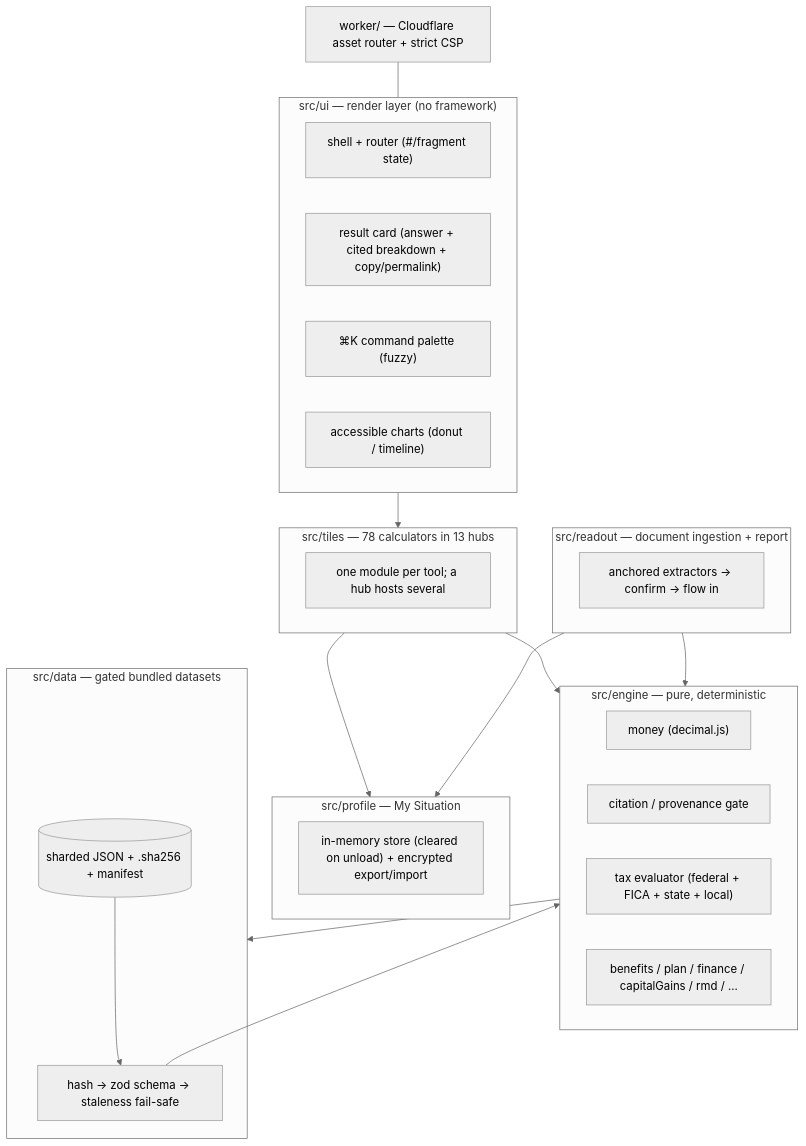
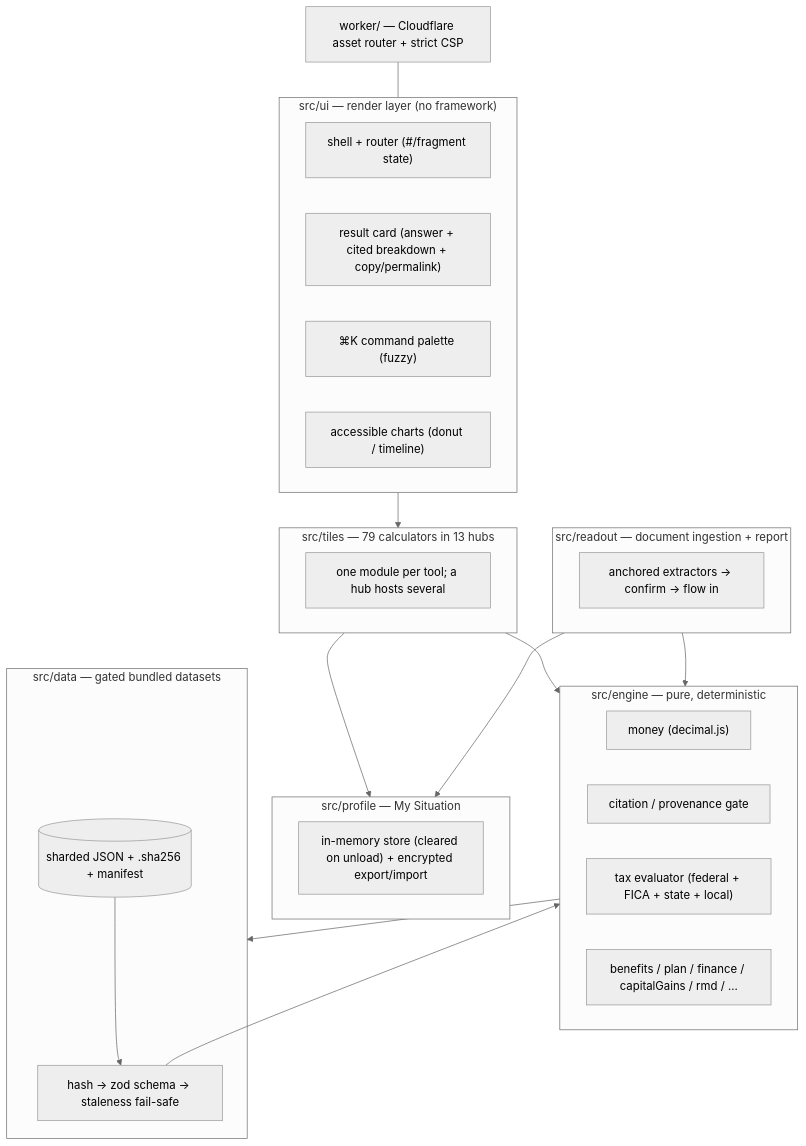
Before and after one commit to clay-good/enklayve: the second of 7 diagrams in docs/under-the-hood.md, drawn with Mermaid (neutral theme). The commit also changed other lines of this file and 13 other files, not shown here.

````diff
--- a/docs/under-the-hood.md
+++ b/docs/under-the-hood.md
@@ -300,36 +300,36 @@
 ```mermaid
 flowchart TD
     subgraph UI["src/ui — render layer (no framework)"]
         SH["shell + router (#/fragment state)"]
         RC["result card (answer + cited breakdown + copy/permalink)"]
         CP["⌘K command palette (fuzzy)"]
         CH["accessible charts (donut / timeline)"]
     end
-    subgraph TILES["src/tiles — 78 calculators in 13 hubs"]
+    subgraph TILES["src/tiles — 79 calculators in 13 hubs"]
         T1["one module per tool; a hub hosts several"]
     end
     subgraph PROFILE["src/profile — My Situation"]
         PS["in-memory store (cleared on unload) + encrypted export/import"]
     end
     subgraph READOUT["src/readout — document ingestion + report"]
         RX["anchored extractors → confirm → flow in"]
     end
     subgraph ENGINE["src/engine — pure, deterministic"]
         MN["money (decimal.js)"]
         CI["citation / provenance gate"]
         TAX["tax evaluator (federal + FICA + state + local)"]
         BEN["benefits / plan / finance / capitalGains / rmd / ..."]
     end
     subgraph DATA["src/data — gated bundled datasets"]
         LO["hash → zod schema → staleness fail-safe"]
         DS[("sharded JSON + .sha256 + manifest")]
     end
     TILES --> ENGINE
     READOUT --> ENGINE
     TILES --> PROFILE
     READOUT --> PROFILE
     UI --> TILES
     ENGINE --> DATA
     DS --> LO --> ENGINE
     WORKER["worker/ — Cloudflare asset router + strict CSP"] --- UI
 ```
````
